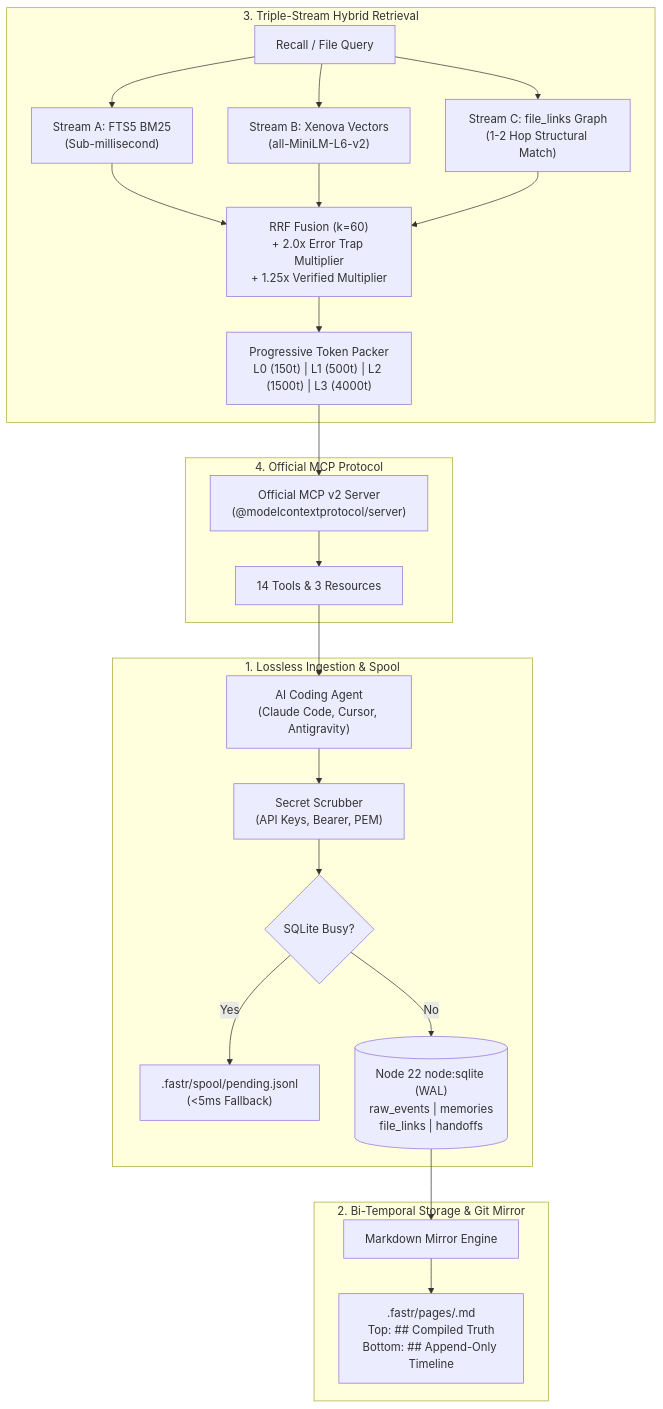
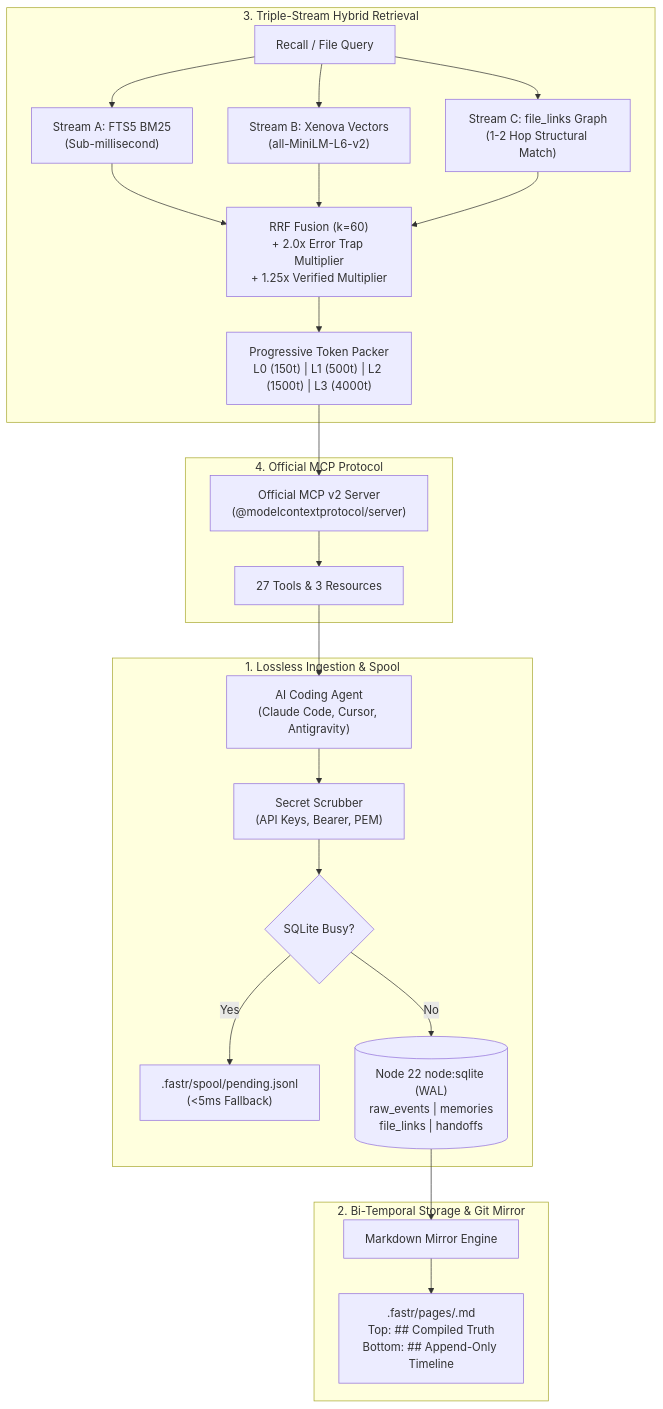
One commit to atifjubaer/fastrmemory changed the diagram in README.md. Above: the diagram before and after it, drawn with Mermaid. The commit also changed other lines of this file, not shown here.

````diff
--- a/README.md
+++ b/README.md
@@ -350,29 +374,29 @@
 ```mermaid
 flowchart TD
     subgraph Ingestion["1. Lossless Ingestion & Spool"]
         Agent["AI Coding Agent\n(Claude Code, Cursor, Antigravity)"] --> Scrubber["Secret Scrubber\n(API Keys, Bearer, PEM)"]
         Scrubber --> Spool{"SQLite Busy?"}
         Spool -- Yes --> SpoolFile[".fastr/spool/pending.jsonl\n(<5ms Fallback)"]
         Spool -- No --> DB
     end
 
     subgraph Storage["2. Bi-Temporal Storage & Git Mirror"]
         DB[("Node 22 node:sqlite (WAL)\nraw_events | memories\nfile_links | handoffs")]
         DB --> Mirror["Markdown Mirror Engine"]
         Mirror --> Pages[".fastr/pages/<module>.md\nTop: ## Compiled Truth\nBottom: ## Append-Only Timeline"]
     end
 
     subgraph Search["3. Triple-Stream Hybrid Retrieval"]
         Query["Recall / File Query"] --> FTS["Stream A: FTS5 BM25\n(Sub-millisecond)"]
         Query --> Vec["Stream B: Xenova Vectors\n(all-MiniLM-L6-v2)"]
         Query --> Graph["Stream C: file_links Graph\n(1-2 Hop Structural Match)"]
         FTS & Vec & Graph --> RRF["RRF Fusion (k=60)\n+ 2.0x Error Trap Multiplier\n+ 1.25x Verified Multiplier"]
         RRF --> Budget["Progressive Token Packer\nL0 (150t) | L1 (500t) | L2 (1500t) | L3 (4000t)"]
     end
 
     subgraph Protocol["4. Official MCP Protocol"]
         Budget --> MCPServer["Official MCP v2 Server\n(@modelcontextprotocol/server)"]
-        MCPServer --> Tools["14 Tools & 3 Resources"]
+        MCPServer --> Tools["27 Tools & 3 Resources"]
         Tools --> Agent
     end
 ```
````
